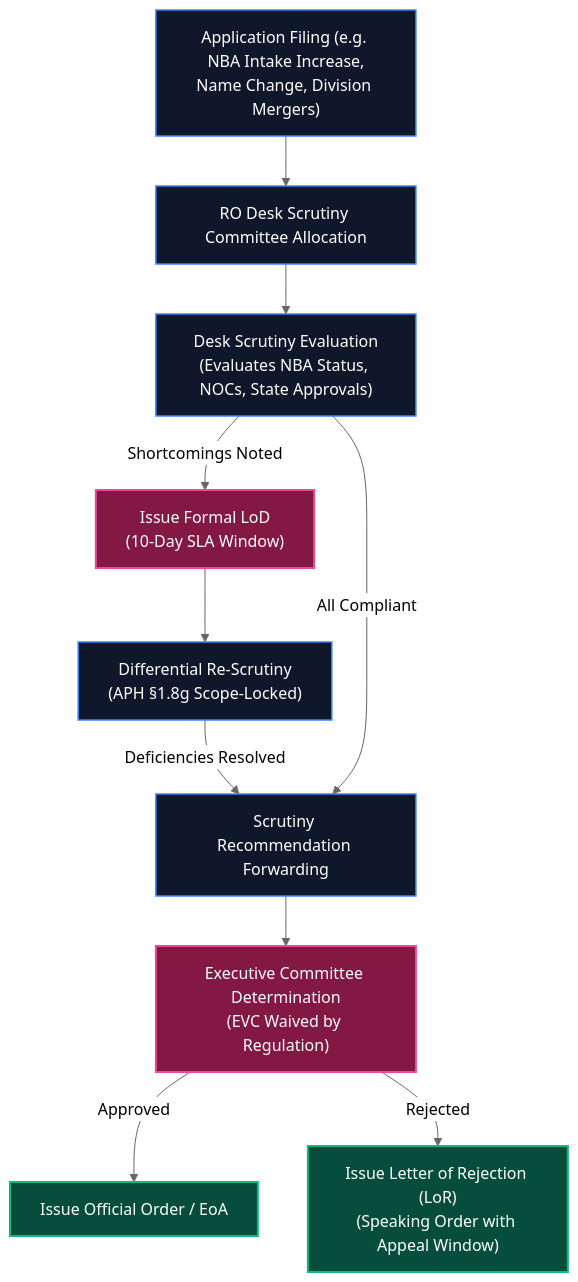
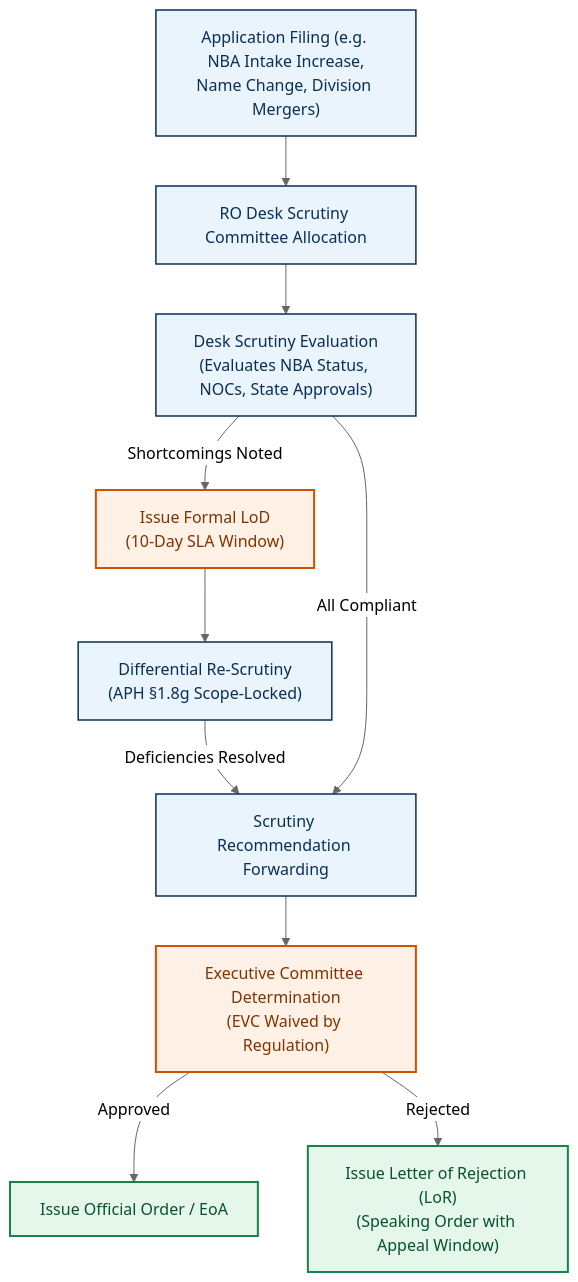
The fourth of 11 diagrams in README.md (Parth-Chavan-15/SIH-2026-AICTE), drawn with Mermaid (neutral theme) before and after one commit. The commit also changed other lines of this file, not shown here.

````diff
--- a/README.md
+++ b/README.md
@@ -166,16 +177,16 @@
 ```mermaid
 flowchart TD
-    classDef step fill:#0f172a,stroke:#3b82f6,stroke-width:1.5px,color:#fff;
-    classDef decision fill:#831843,stroke:#ec4899,stroke-width:2px,color:#fff;
-    classDef terminal fill:#064e3b,stroke:#10b981,stroke-width:2px,color:#fff;
+    classDef step fill:#EAF4FC,stroke:#0B2F54,stroke-width:1.5px,color:#0B2F54;
+    classDef decision fill:#FFF1E6,stroke:#CC5200,stroke-width:2px,color:#803400;
+    classDef terminal fill:#E5F7EA,stroke:#16834B,stroke-width:2px,color:#08522D;
 
     A["Application Filing (e.g. NBA Intake Increase,<br/>Name Change, Division Mergers)"]:::step --> B["RO Desk Scrutiny Committee Allocation"]:::step
     B --> C["Desk Scrutiny Evaluation<br/>(Evaluates NBA Status, NOCs, State Approvals)"]:::step
     C -->|Shortcomings Noted| D["Issue Formal LoD<br/>(10-Day SLA Window)"]:::decision
     D --> E["Differential Re-Scrutiny<br/>(APH §1.8g Scope-Locked)"]:::step
     E -->|Deficiencies Resolved| F["Scrutiny Recommendation Forwarding"]:::step
     C -->|All Compliant| F
     F --> G["Executive Committee Determination<br/>(EVC Waived by Regulation)"]:::decision
     G -->|Approved| H["Issue Official Order / EoA"]:::terminal
     G -->|Rejected| I["Issue Letter of Rejection (LoR)<br/>(Speaking Order with Appeal Window)"]:::terminal
 ```
````
